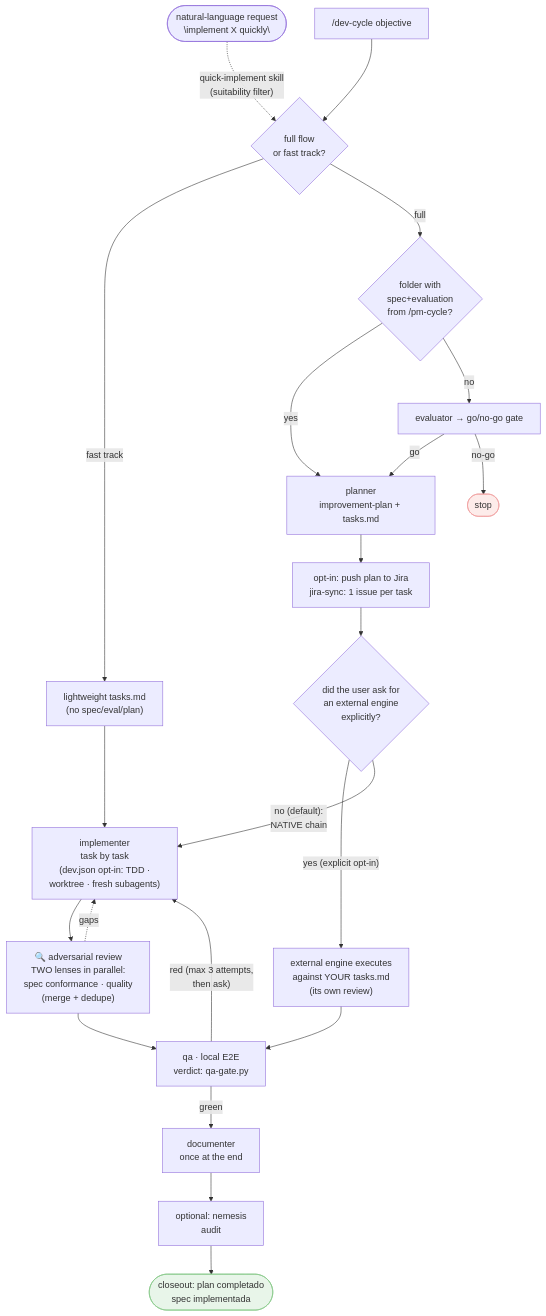
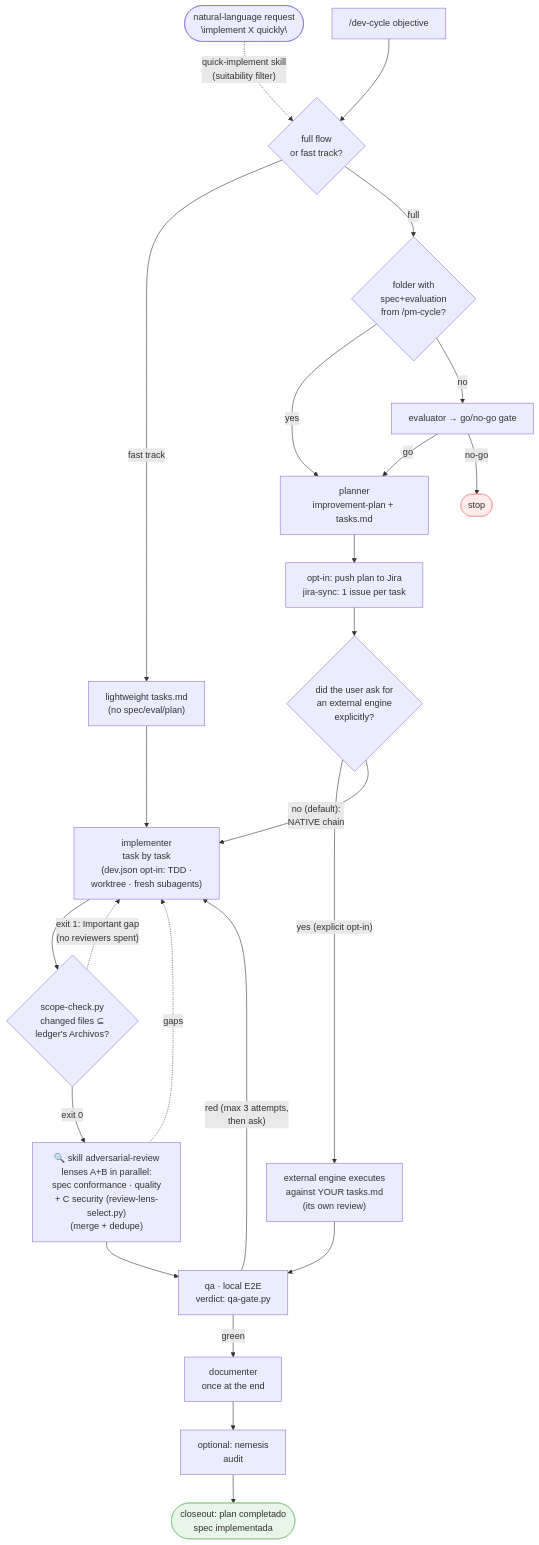
Before and after one commit to daycry/custom-agents: the fourth of 11 diagrams in docs/en/FLOWS.md, drawn with Mermaid. The commit also changed other lines of this file and 99 other files, not shown here.

Commit message:
feat: live-visibility + guardrails + adversarial-review + debt-cleanup; cierre jira-granularity

````diff
--- a/docs/en/FLOWS.md
+++ b/docs/en/FLOWS.md
@@ -80,26 +82,28 @@
 ```mermaid
 flowchart TD
     NL(["natural-language request<br/>\"implement X quickly\""]) -.->|"quick-implement skill<br/>(suitability filter)"| Z
     A["/dev-cycle objective"] --> Z{"full flow<br/>or fast track?"}
     Z -->|fast track| Q["lightweight tasks.md<br/>(no spec/eval/plan)"]
     Q --> H
     Z -->|full| B{"folder with<br/>spec+evaluation<br/>from /pm-cycle?"}
     B -->|yes| D
     B -->|no| C["evaluator → go/no-go gate"]
     C -->|go| D["planner<br/>improvement-plan + tasks.md"]
     C -->|no-go| X(["stop"])
     D --> E["opt-in: push plan to Jira<br/>jira-sync: 1 issue per task"]
     E --> F{"did the user ask for<br/>an external engine<br/>explicitly?"}
     F -->|"yes (explicit opt-in)"| G["external engine executes<br/>against YOUR tasks.md<br/>(its own review)"]
     F -->|"no (default):<br/>NATIVE chain"| H["implementer<br/>task by task<br/>(dev.json opt-in: TDD ·<br/>worktree · fresh subagents)"]
-    H --> R["🔍 adversarial review<br/>TWO lenses in parallel:<br/>spec conformance · quality<br/>(merge + dedupe)"]
+    H --> SC{"scope-check.py<br/>changed files ⊆<br/>ledger's Archivos?"}
+    SC -.->|"exit 1: Important gap<br/>(no reviewers spent)"| H
+    SC -->|exit 0| R["🔍 skill adversarial-review<br/>lenses A+B in parallel:<br/>spec conformance · quality<br/>+ C security (review-lens-select.py)<br/>(merge + dedupe)"]
     R -.->|gaps| H
     G --> I["qa · local E2E<br/>verdict: qa-gate.py"]
     R --> I
     I -->|"red (max 3 attempts,<br/>then ask)"| H
     I -->|green| J["documenter<br/>once at the end"]
     J --> K["optional: nemesis<br/>audit"]
     K --> L(["closeout: plan completado<br/>spec implementada"])
     style X fill:#fdecea,stroke:#ef9a9a
     style L fill:#e8f5e9,stroke:#81c784
 ```
````
